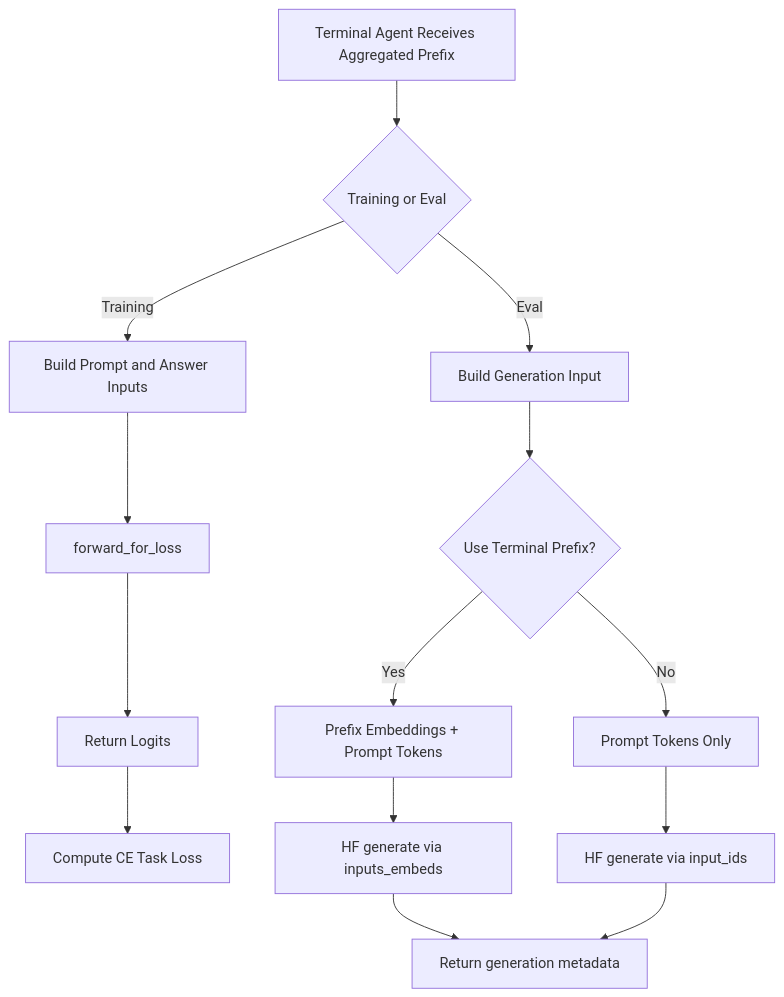
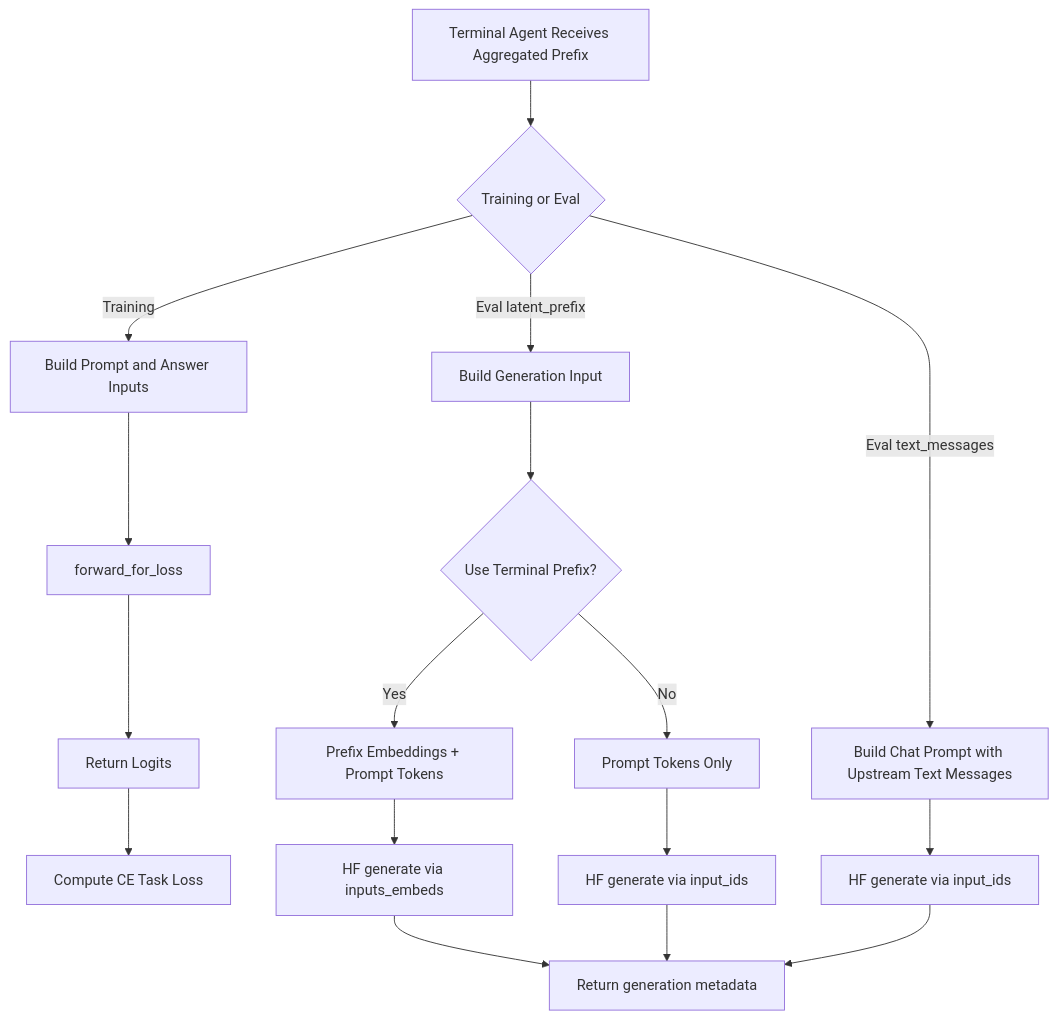
The third of 5 diagrams in docs/agent_workflow.md (Johnny221B/latent-MAS), drawn with Mermaid before and after one commit. The commit also changed other lines of this file and 20 other files, not shown here.

Commit message:
feat(train): port iter05 graph-search updates

````diff
--- a/docs/agent_workflow.md
+++ b/docs/agent_workflow.md
@@ -75,20 +80,24 @@
 ```mermaid
 flowchart TD
     A[Terminal Agent Receives Aggregated Prefix] --> B{Training or Eval}
 
     B -->|Training| C[Build Prompt and Answer Inputs]
     C --> D[forward_for_loss]
     D --> E[Return Logits]
     E --> F[Compute CE Task Loss]
 
-    B -->|Eval| G[Build Generation Input]
+    B -->|Eval latent_prefix| G[Build Generation Input]
     G --> H{Use Terminal Prefix?}
 
     H -->|Yes| I[Prefix Embeddings + Prompt Tokens]
     I --> J[HF generate via inputs_embeds]
     J --> K[Return generation metadata]
 
     H -->|No| L[Prompt Tokens Only]
     L --> M[HF generate via input_ids]
     M --> K
+
+    B -->|Eval text_messages| N[Build Chat Prompt with Upstream Text Messages]
+    N --> O[HF generate via input_ids]
+    O --> K
 ```
````
